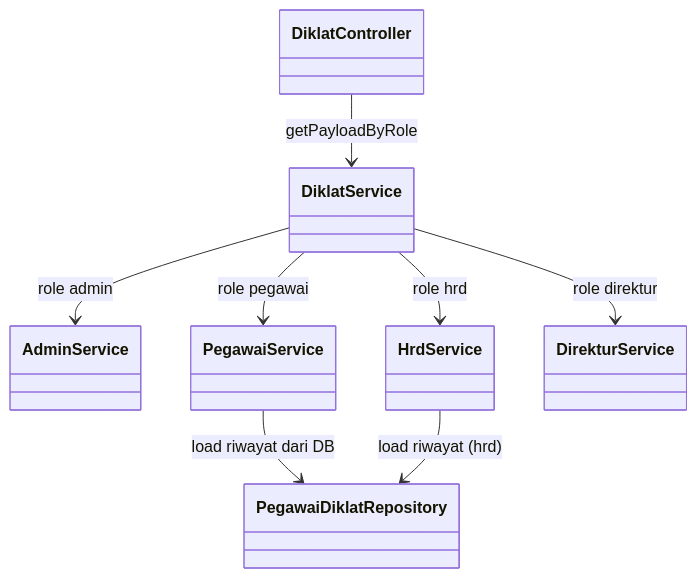
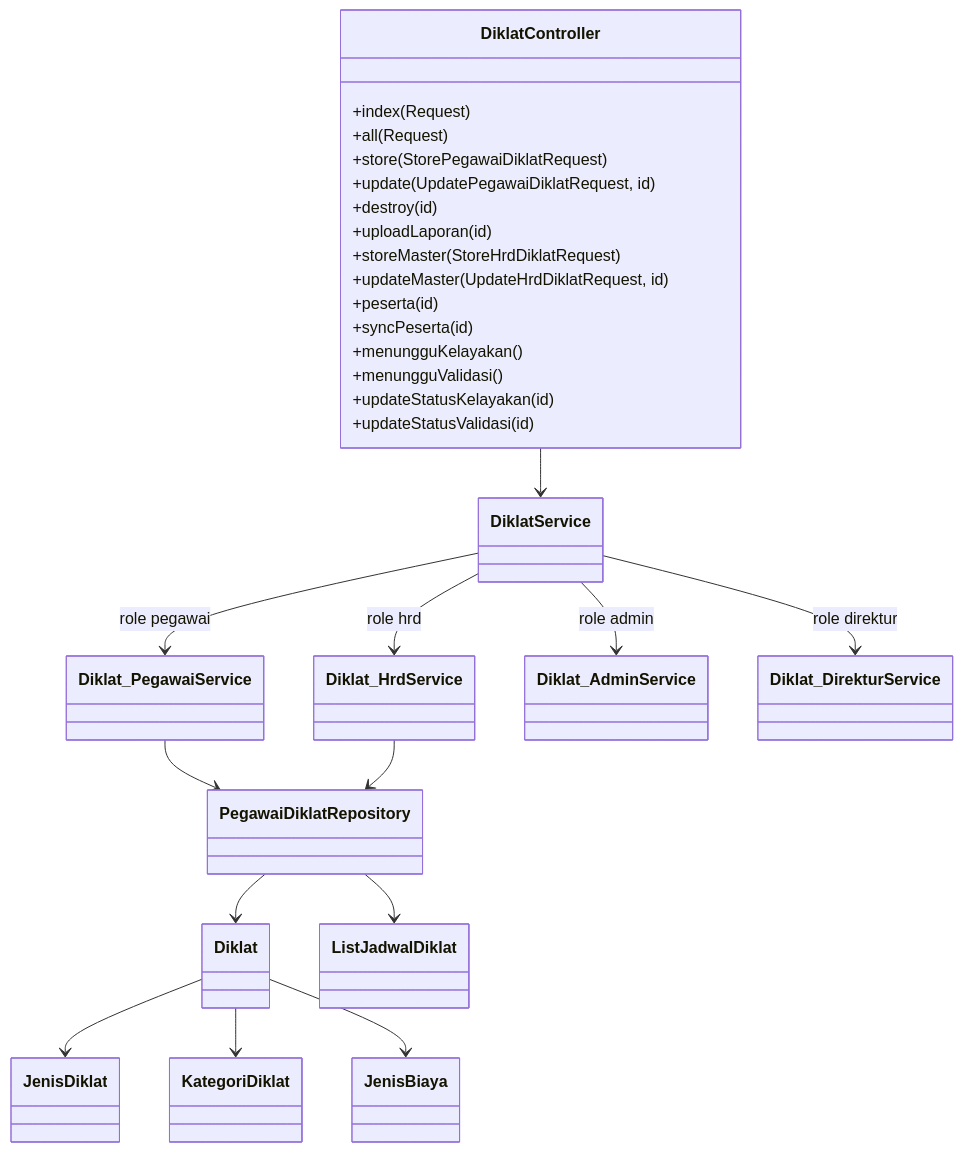
The seventh of 11 diagrams in dokumentasi/dokumentasi_app.md (widy4aa/BE-SIMPEG-RSKALISAT), drawn with Mermaid before and after one commit. The commit also changed other lines of this file, not shown here.

````diff
--- a/dokumentasi/dokumentasi_app.md
+++ b/dokumentasi/dokumentasi_app.md
@@ -942,18 +293,43 @@
 ```mermaid
 classDiagram
-	class DiklatController
-	class DiklatService
-	class AdminService
-	class PegawaiService
-	class PegawaiDiklatRepository
-	class HrdService
-	class DirekturService
+    class DiklatController {
+        +index(Request)
+        +all(Request)
+        +store(StorePegawaiDiklatRequest)
+        +update(UpdatePegawaiDiklatRequest, id)
+        +destroy(id)
+        +uploadLaporan(id)
+        +storeMaster(StoreHrdDiklatRequest)
+        +updateMaster(UpdateHrdDiklatRequest, id)
+        +peserta(id)
+        +syncPeserta(id)
+        +menungguKelayakan()
+        +menungguValidasi()
+        +updateStatusKelayakan(id)
+        +updateStatusValidasi(id)
+    }
+    class DiklatService
+    class Diklat_PegawaiService
+    class Diklat_HrdService
+    class Diklat_AdminService
+    class Diklat_DirekturService
+    class PegawaiDiklatRepository
+    class Diklat
+    class ListJadwalDiklat
+    class JenisDiklat
+    class KategoriDiklat
+    class JenisBiaya
 
-	DiklatController --> DiklatService : getPayloadByRole
-	DiklatService --> AdminService : role admin
-	DiklatService --> PegawaiService : role pegawai
-	PegawaiService --> PegawaiDiklatRepository : load riwayat dari DB
-	DiklatService --> HrdService : role hrd
-	DiklatService --> DirekturService : role direktur
-	HrdService --> PegawaiDiklatRepository : load riwayat (hrd)
+    DiklatController --> DiklatService
+    DiklatService --> Diklat_PegawaiService : role pegawai
+    DiklatService --> Diklat_HrdService : role hrd
+    DiklatService --> Diklat_AdminService : role admin
+    DiklatService --> Diklat_DirekturService : role direktur
+    Diklat_PegawaiService --> PegawaiDiklatRepository
+    Diklat_HrdService --> PegawaiDiklatRepository
+    PegawaiDiklatRepository --> Diklat
+    PegawaiDiklatRepository --> ListJadwalDiklat
+    Diklat --> JenisDiklat
+    Diklat --> KategoriDiklat
+    Diklat --> JenisBiaya
 ```
````
